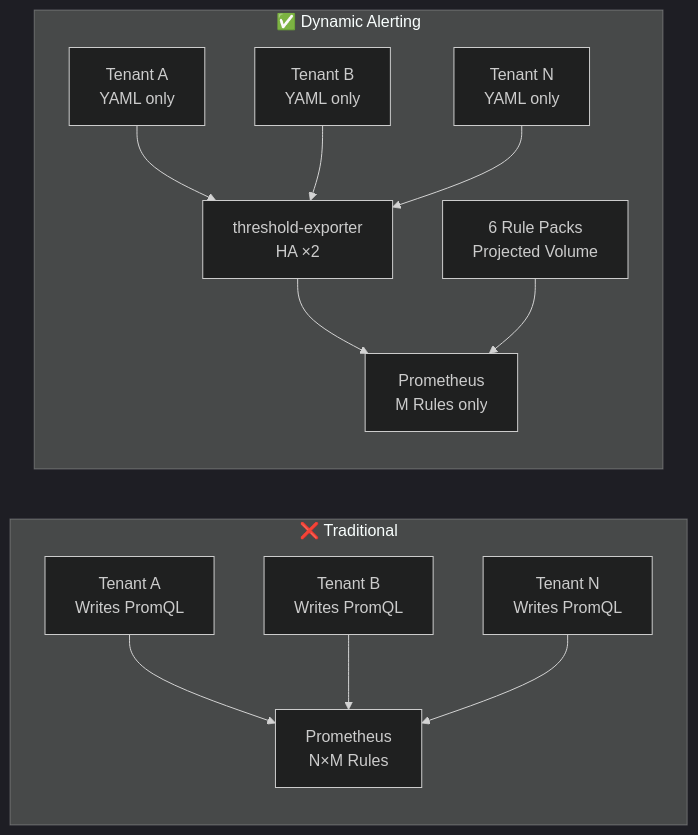
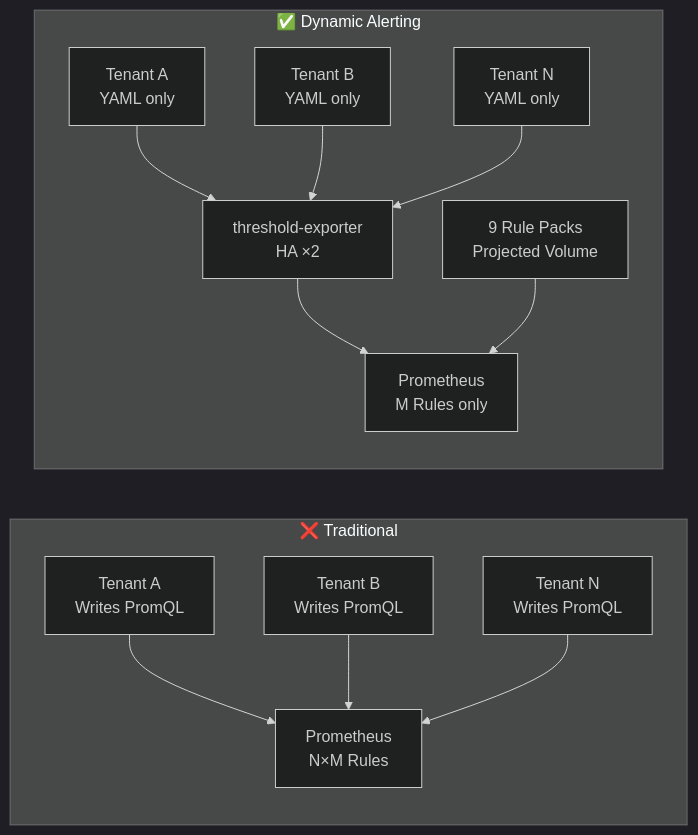
Before and after one commit to vencil/Dynamic-Alerting-Integrations: the first of 2 diagrams in README.en.md, drawn with Mermaid (dark theme). The commit also changed other lines of this file and 35 other files, not shown here.

````diff
--- a/README.en.md
+++ b/README.en.md
@@ -116,16 +137,16 @@
 ```mermaid
 graph LR
     subgraph "❌ Traditional"
         T1_old[Tenant A<br>Writes PromQL] --> P_old[Prometheus<br>N×M Rules]
         T2_old[Tenant B<br>Writes PromQL] --> P_old
         TN_old[Tenant N<br>Writes PromQL] --> P_old
     end
 
     subgraph "✅ Dynamic Alerting"
         T1_new[Tenant A<br>YAML only] --> TE[threshold-exporter<br>HA ×2]
         T2_new[Tenant B<br>YAML only] --> TE
         TN_new[Tenant N<br>YAML only] --> TE
         TE --> P_new[Prometheus<br>M Rules only]
-        RP[6 Rule Packs<br>Projected Volume] --> P_new
+        RP[9 Rule Packs<br>Projected Volume] --> P_new
     end
 ```
````
